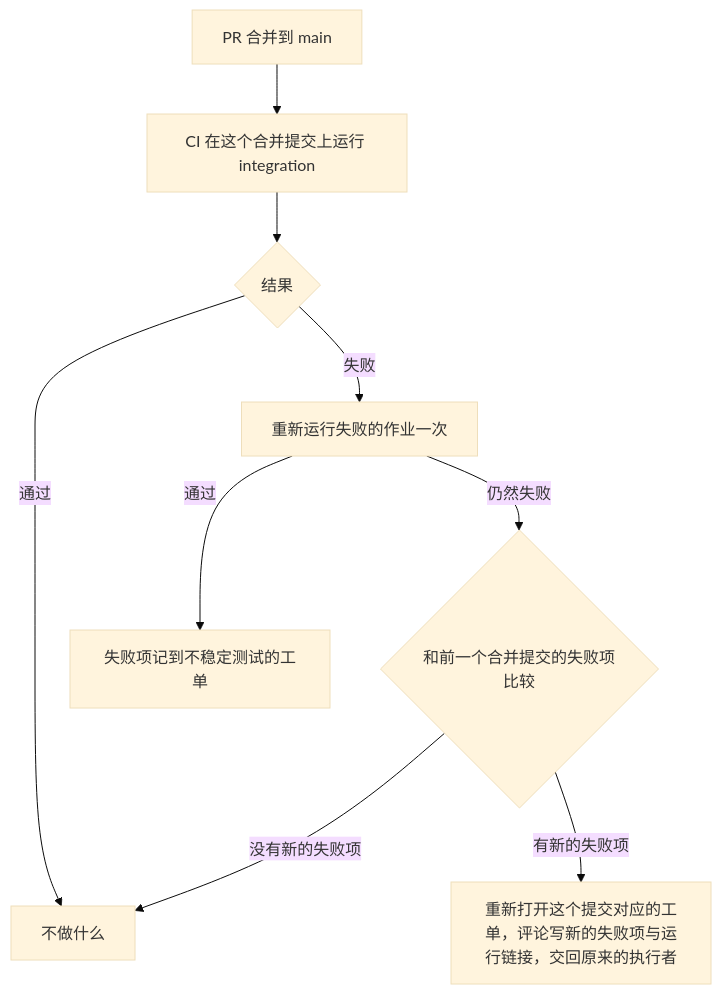
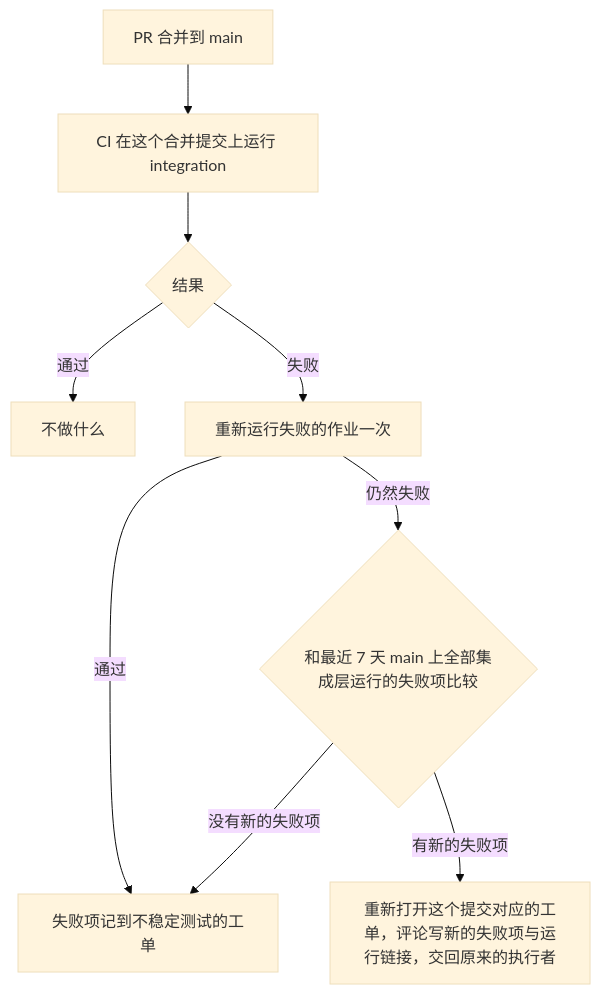
One commit to bender2333/yudao changed the first of 3 diagrams in docs/design/test-pyramid.md. Above: the diagram before and after it, drawn with Mermaid (base theme). The commit also changed other lines of this file and 9 other files, not shown here.

````diff
--- a/docs/design/test-pyramid.md
+++ b/docs/design/test-pyramid.md
@@ -115,11 +115,11 @@
 ```mermaid
 flowchart TD
     M[PR 合并到 main] --> I[CI 在这个合并提交上运行 integration]
     I --> P{结果}
     P -- 通过 --> D[不做什么]
     P -- 失败 --> R[重新运行失败的作业一次]
     R -- 通过 --> F[失败项记到不稳定测试的工单]
-    R -- 仍然失败 --> C{和前一个合并提交的失败项比较}
-    C -- 没有新的失败项 --> D
+    R -- 仍然失败 --> C{和最近 7 天 main 上全部集成层运行的失败项比较}
+    C -- 没有新的失败项 --> F
     C -- 有新的失败项 --> O[重新打开这个提交对应的工单，评论写新的失败项与运行链接，交回原来的执行者]
 ```
````
